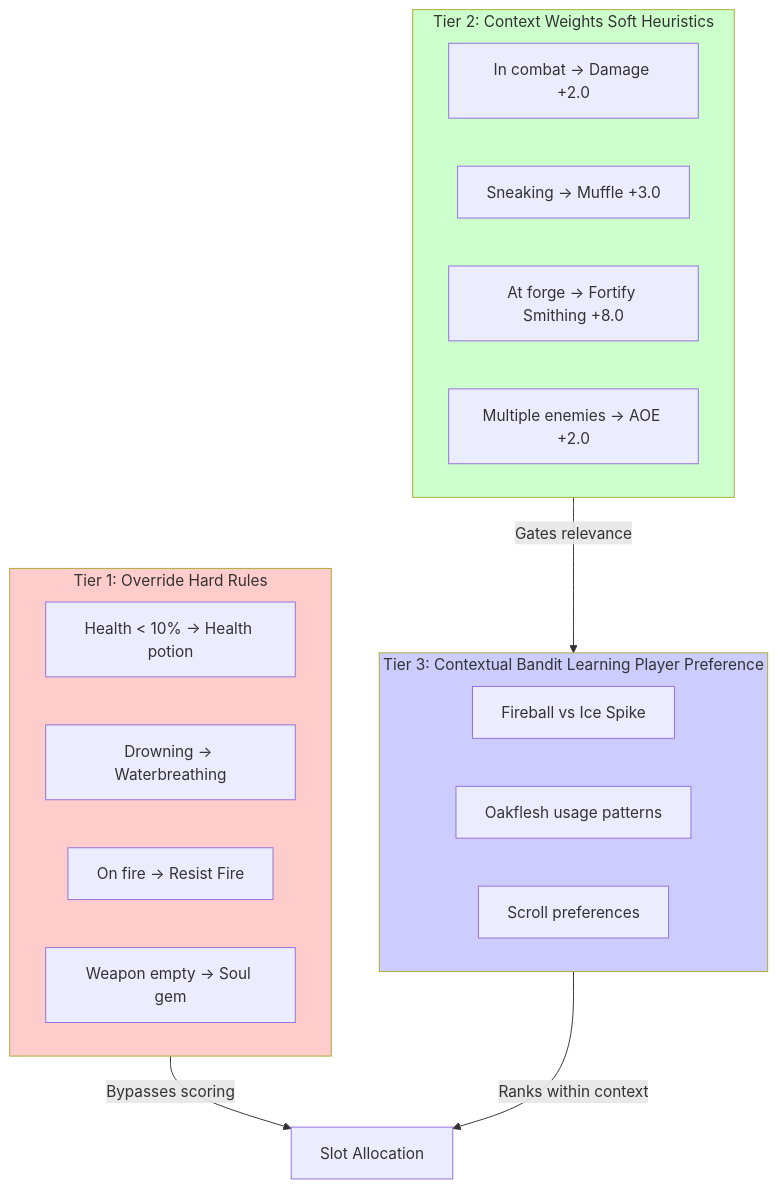
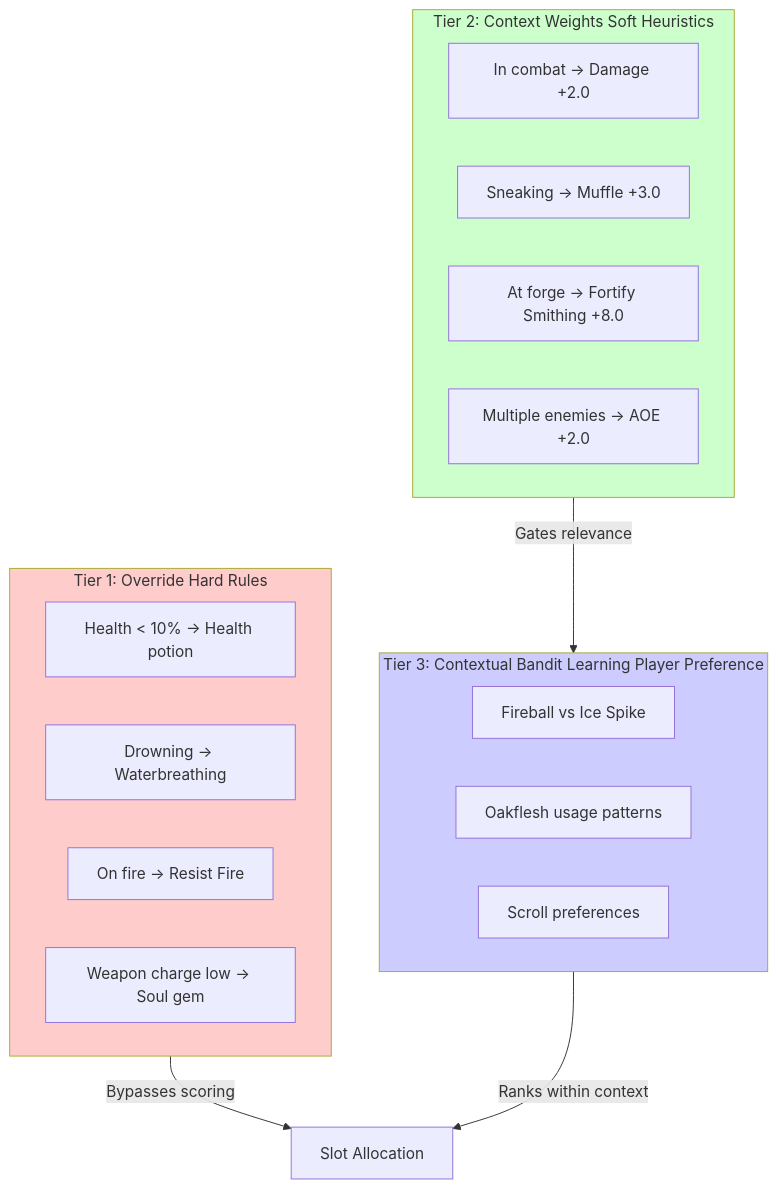
The second of 10 diagrams in docs/architecture/0-pipeline.md (LandingCrew/huginn), drawn with Mermaid before and after one commit. The commit also changed other lines of this file and 27 other files, not shown here.

````diff
--- a/docs/architecture/0-pipeline.md
+++ b/docs/architecture/0-pipeline.md
@@ -157,30 +231,30 @@
 ```mermaid
 graph TD
     subgraph Tier1[Tier 1: Override Hard Rules]
         OR1[Health < 10% → Health potion]
         OR2[Drowning → Waterbreathing]
         OR3[On fire → Resist Fire]
-        OR4[Weapon empty → Soul gem]
+        OR4[Weapon charge low → Soul gem]
     end
 
     subgraph Tier2[Tier 2: Context Weights Soft Heuristics]
         CW1[In combat → Damage +2.0]
         CW2[Sneaking → Muffle +3.0]
         CW3[At forge → Fortify Smithing +8.0]
         CW4[Multiple enemies → AOE +2.0]
     end
 
     subgraph Tier3[Tier 3: Contextual Bandit Learning Player Preference]
         QL1[Fireball vs Ice Spike]
         QL2[Oakflesh usage patterns]
         QL3[Scroll preferences]
     end
 
     Tier1 -->|Bypasses scoring| Output[Slot Allocation]
     Tier2 -->|Gates relevance| Tier3
     Tier3 -->|Ranks within context| Output
 
     style Tier1 fill:#ffcccc
     style Tier2 fill:#ccffcc
     style Tier3 fill:#ccccff
 ```
````
